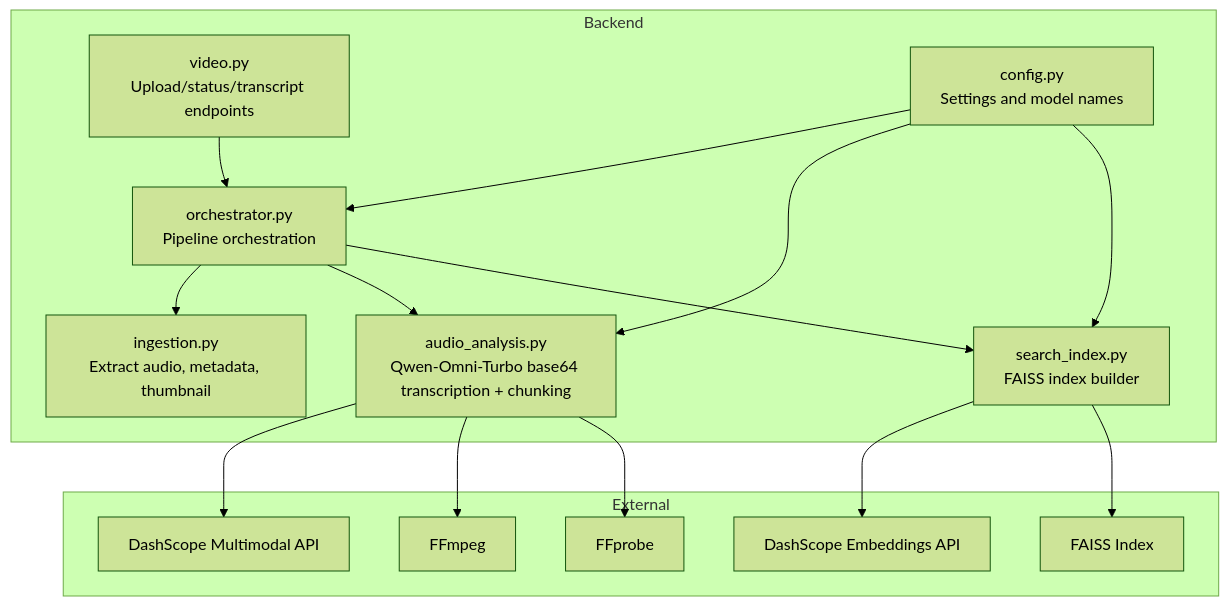
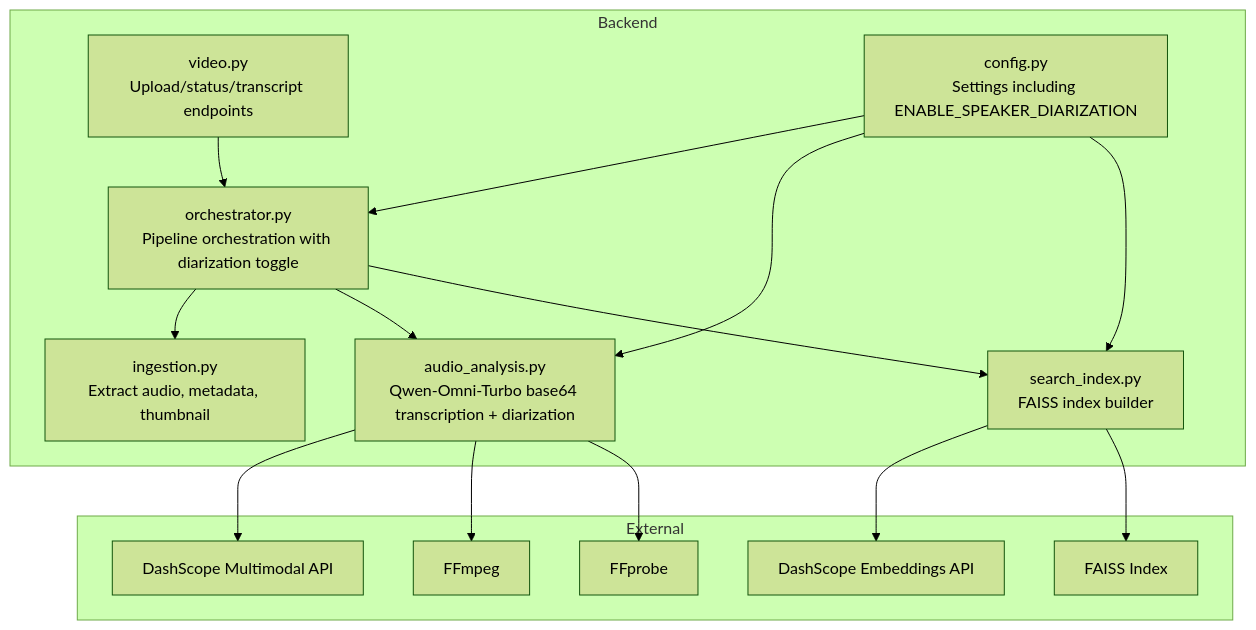
The first of 5 diagrams in .qoder/repowiki/en/content/Media Processing Pipeline/Audio Analysis Stage.md (alexandreybasta-cyber/dubai-media-ai), drawn with Mermaid (forest theme) before and after one commit. The commit also changed other lines of this file and 20 other files, not shown here.

````diff
--- a/.qoder/repowiki/en/content/Media Processing Pipeline/Audio Analysis Stage.md
+++ b/.qoder/repowiki/en/content/Media Processing Pipeline/Audio Analysis Stage.md
@@ -50,30 +51,30 @@
 ```mermaid
 graph TB
 subgraph "Backend"
 A["ingestion.py<br/>Extract audio, metadata, thumbnail"]
-B["audio_analysis.py<br/>Qwen-Omni-Turbo base64 transcription + chunking"]
-C["orchestrator.py<br/>Pipeline orchestration"]
+B["audio_analysis.py<br/>Qwen-Omni-Turbo base64 transcription + diarization"]
+C["orchestrator.py<br/>Pipeline orchestration with diarization toggle"]
 D["video.py<br/>Upload/status/transcript endpoints"]
 E["search_index.py<br/>FAISS index builder"]
-F["config.py<br/>Settings and model names"]
+F["config.py<br/>Settings including ENABLE_SPEAKER_DIARIZATION"]
 end
 subgraph "External"
 G["DashScope Multimodal API"]
 H["DashScope Embeddings API"]
 I["FAISS Index"]
 J["FFmpeg"]
 K["FFprobe"]
 end
 C --> A
 C --> B
 C --> E
 D --> C
 B --> G
 B --> J
 B --> K
 E --> H
 E --> I
 F --> C
 F --> B
 F --> E
 ```
````
